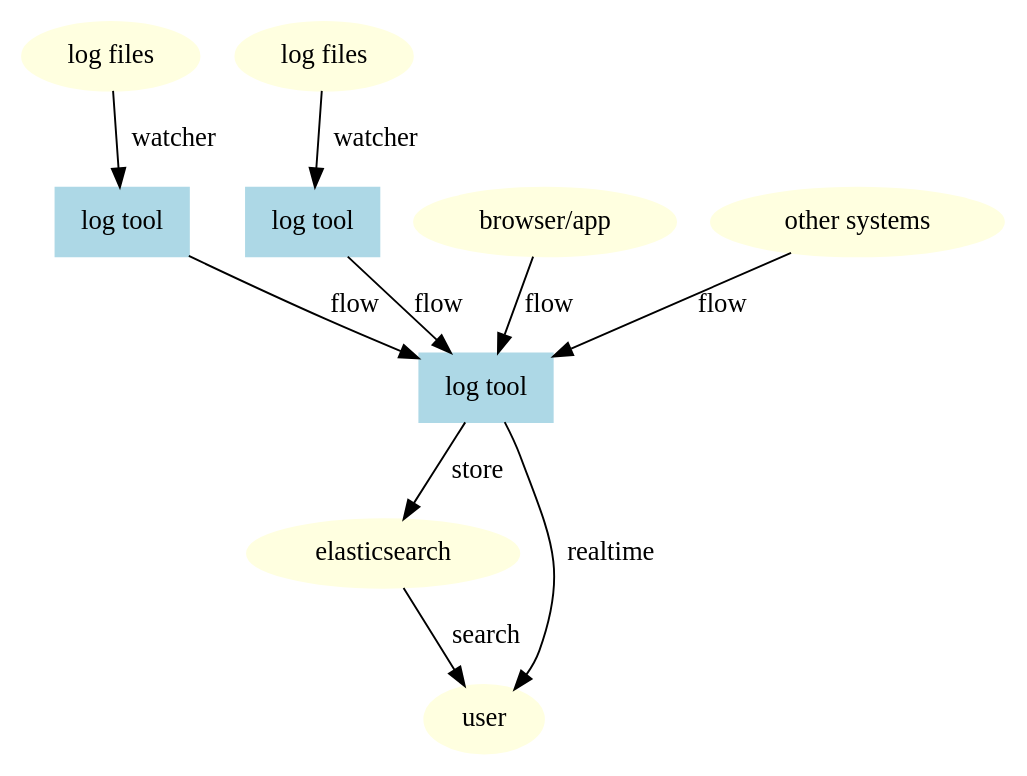
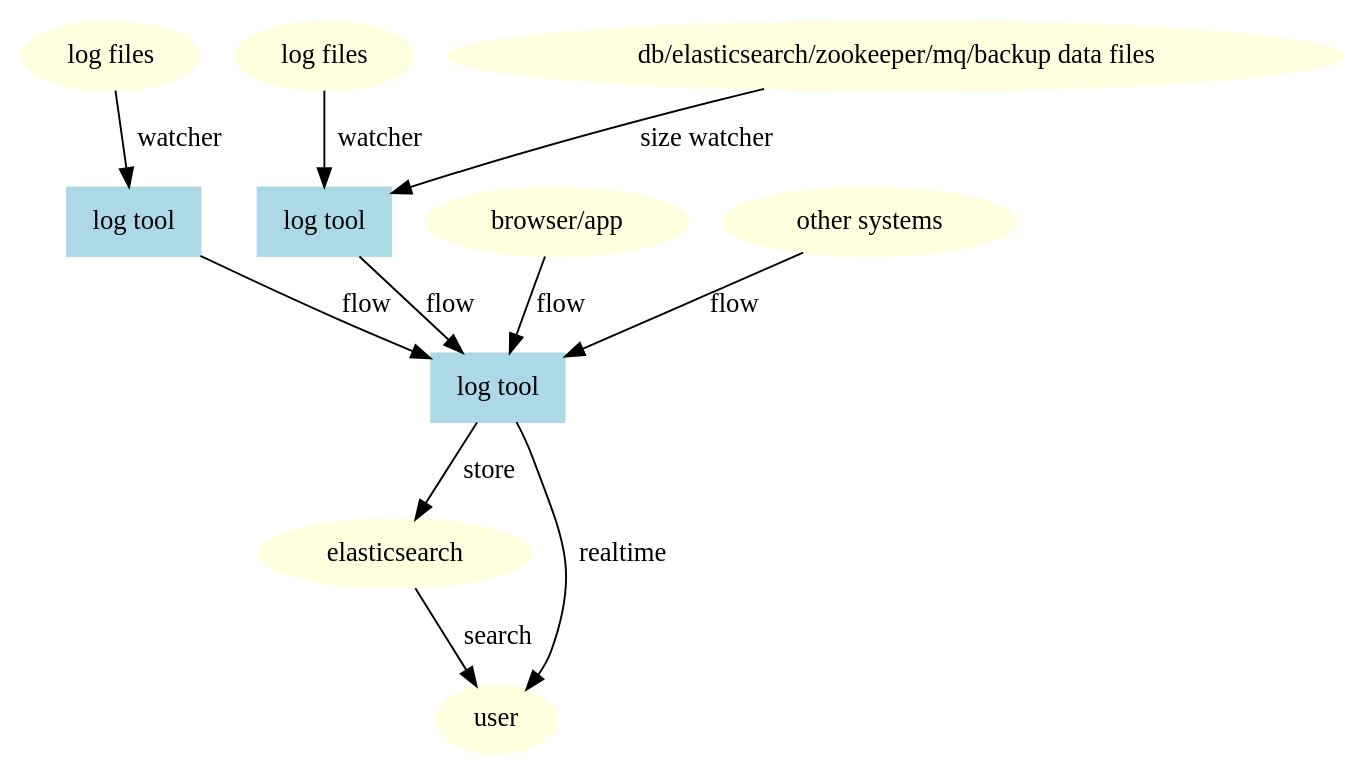
One commit to plantain-00/log-tool changed the diagram in architecture.dot. Above: the diagram before and after it, drawn with Graphviz. The commit also changed 1 other file, not shown here.

Commit message:
update architecture

```diff
--- a/architecture.dot
+++ b/architecture.dot
@@ -1,21 +1,23 @@
 digraph architecture {
     log_files_1 -> log_tool_1 [label="watcher"]
     log_files_2 -> log_tool_2 [label="watcher"]
+    size_data_files -> log_tool_2 [label="size watcher"]
     log_tool_1 -> log_tool_0 [label="flow"]
     log_tool_2 -> log_tool_0 [label="flow"]
     front_end -> log_tool_0 [label="flow"]
     other_systems -> log_tool_0 [label="flow"]
     log_tool_0 -> elasticsearch [label="store"]
     log_tool_0 -> user [label="realtime"]
     elasticsearch -> user [label="search"]
 
     log_files_1[color = lightyellow, label = "log files", style = filled]
     log_files_2[color = lightyellow, label = "log files", style = filled]
+    size_data_files[color = lightyellow, label = "db/elasticsearch/zookeeper/mq/backup data files", style = filled]
     elasticsearch[color = lightyellow, style = filled]
     user[color = lightyellow, style = filled]
     other_systems[color = lightyellow, label = "other systems", style = filled]
     front_end[color = lightyellow, label = "browser/app", style = filled]
     log_tool_1[shape = box, color = lightblue, label = "log tool", style = filled]
     log_tool_2[shape = box, color = lightblue, label = "log tool", style = filled]
     log_tool_0[shape = box, color = lightblue, label = "log tool", style = filled]
 }
```
